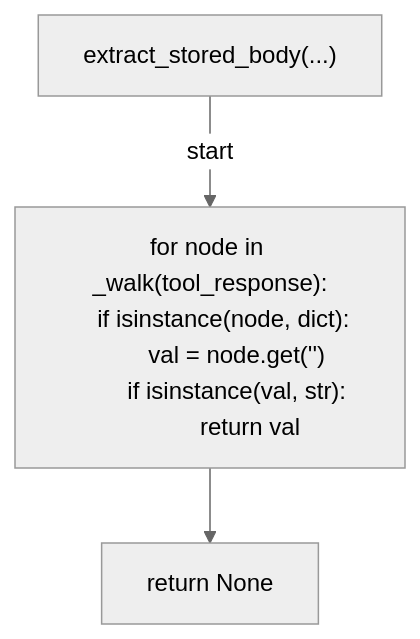
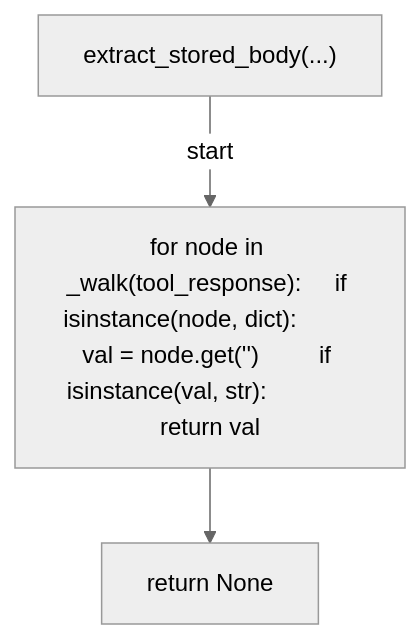
The sixth of 9 diagrams in docs/generated/scripts/ast/post_pr_create_body_fix.md (tvna/claude-md), drawn with Mermaid (neutral theme) before and after one commit. The commit also changed other lines of this file and 30 other files, not shown here.

First line of the commit message:
docs(generated): regenerate decision tree and workflow diagrams (batch 2/5)

````diff
--- a/docs/generated/scripts/ast/post_pr_create_body_fix.md
+++ b/docs/generated/scripts/ast/post_pr_create_body_fix.md
@@ -115,12 +94,8 @@
 ```mermaid
 flowchart TD
     N001["extract_stored_body(...)"]
-    N002["for node in _walk(tool_response):
-    if isinstance(node, dict):
-        val = node.get('<str>')
-        if isinstance(val, str):
-            return val"]
+    N002["for node in _walk(tool_response):     if isinstance(node, dict):         val = node.get('<str>')         if isinstance(val, str):             return val"]
     N003["return None"]
     N001 -->|"start"| N002
     N002 --> N003
 ```
````
